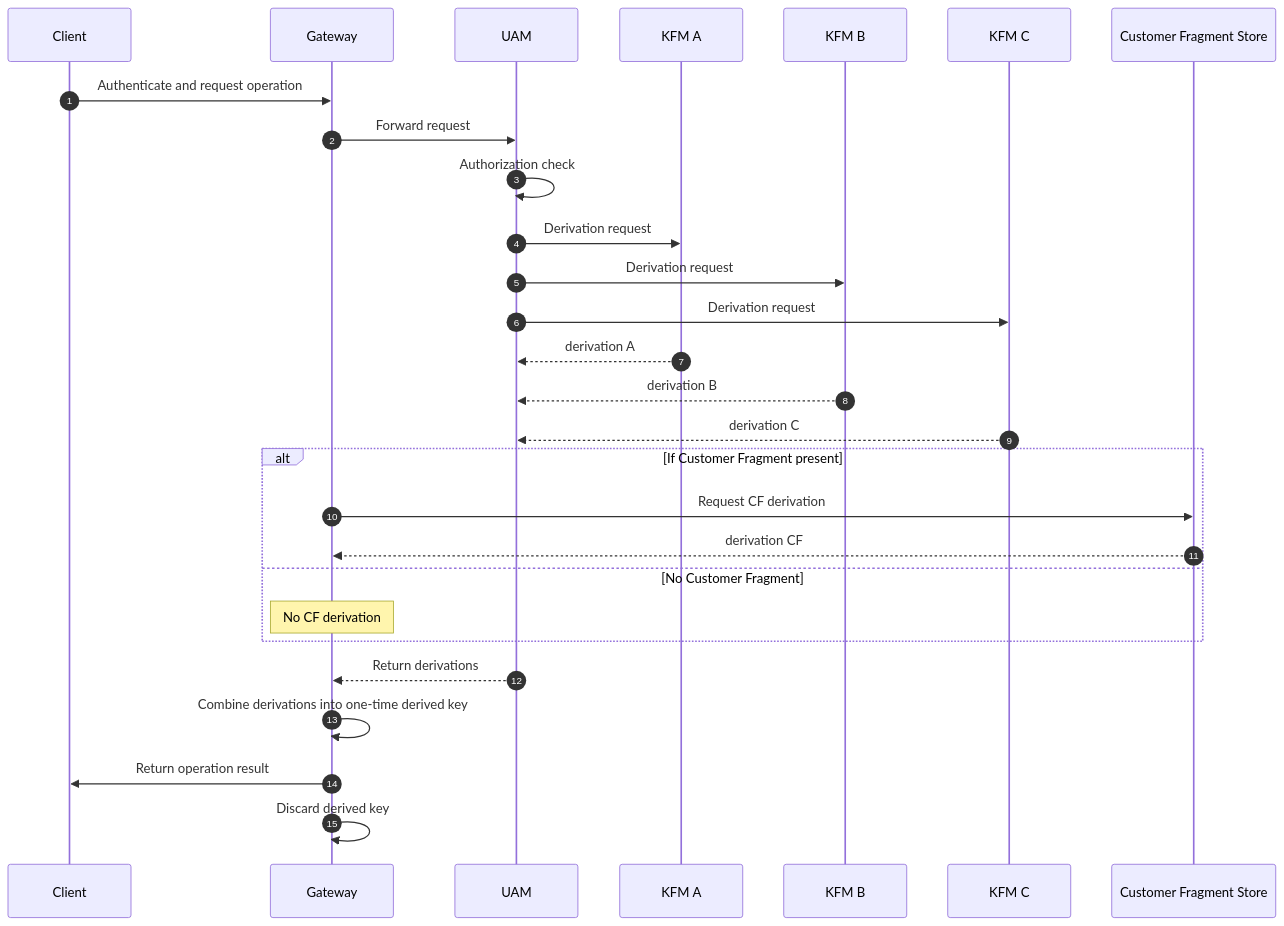
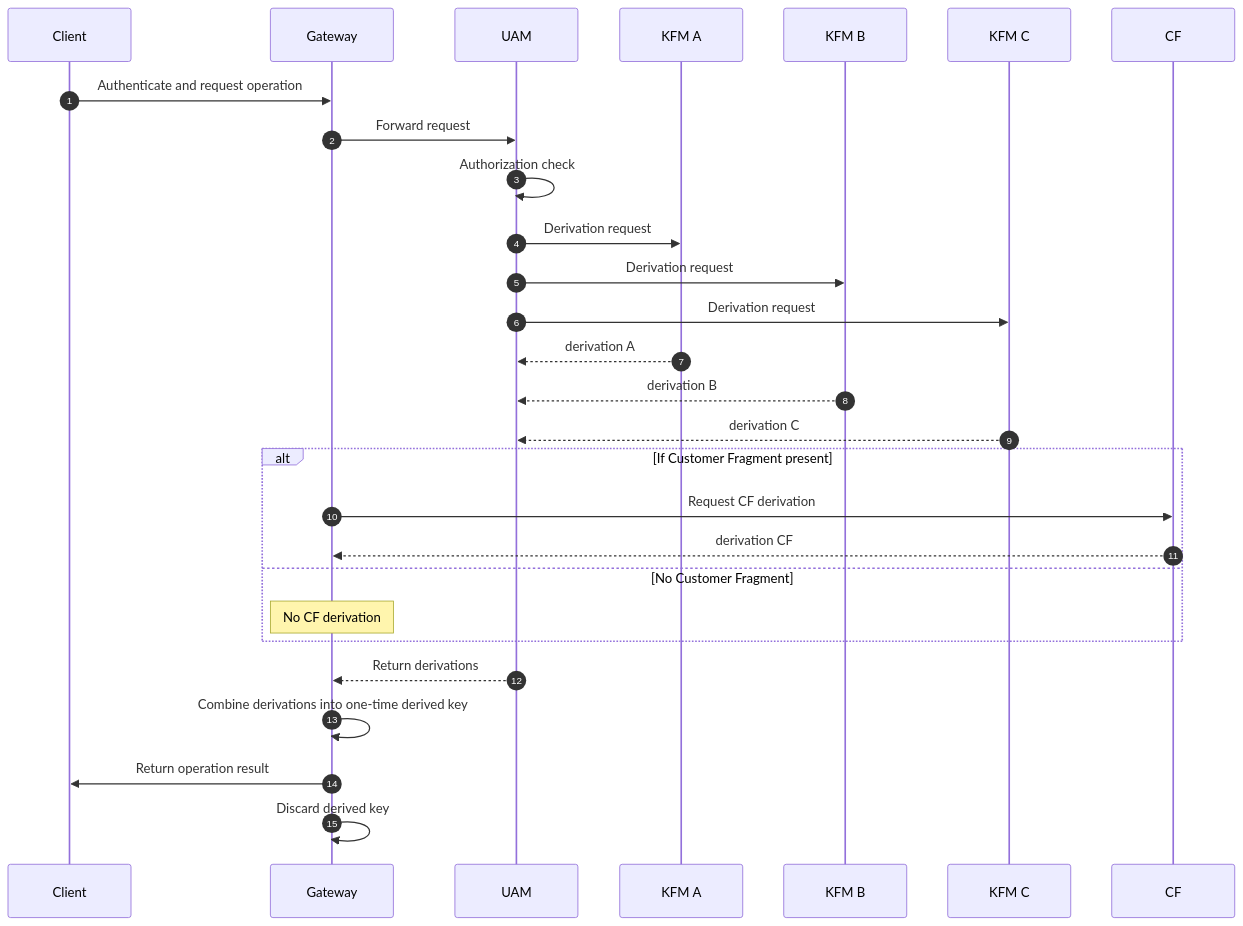
One commit to akeylesslabs/technical-documentation changed the diagram in docs/Getting Started/dfc-deep-dive.md. Above: the diagram before and after it, drawn with Mermaid.

Commit message:
Update doc `dfc-deep-dive`

````diff
--- a/docs/Getting Started/dfc-deep-dive.md
+++ b/docs/Getting Started/dfc-deep-dive.md
@@ -100,44 +100,44 @@
 ```mermaid
 sequenceDiagram
     autonumber
 
     participant C as Client
     participant G as Gateway
     participant U as UAM
     participant K1 as KFM A
     participant K2 as KFM B
     participant K3 as KFM C
-    participant CF as Customer Fragment Store
+    participant CF as CF
 
     %% 1. Client authenticates
     C ->> G: Authenticate and request operation
 
     %% 2. UAM authorizes
     G ->> U: Forward request
     U ->> U: Authorization check
 
     %% 3. Parallel fragment derivation
     U ->> K1: Derivation request
     U ->> K2: Derivation request
     U ->> K3: Derivation request
 
     K1 -->> U: derivation A
     K2 -->> U: derivation B
     K3 -->> U: derivation C
 
     alt If Customer Fragment present
         G ->> CF: Request CF derivation
         CF -->> G: derivation CF
     else No Customer Fragment
         Note over G: No CF derivation
     end
 
     %% 4. Derivation aggregation
     U -->> G: Return derivations
     G ->> G: Combine derivations into one-time derived key
 
     %% 5. Operation execution
     G ->> C: Return operation result
     G ->> G: Discard derived key
 
 ```
````
